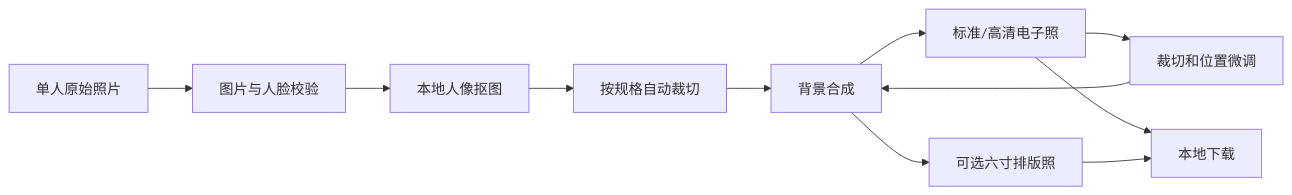
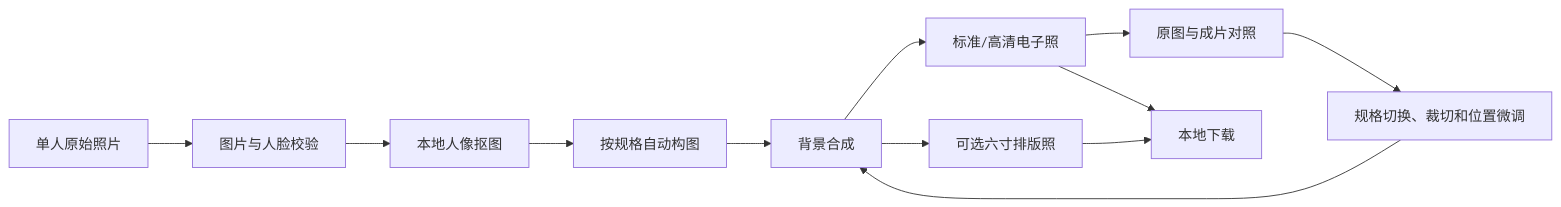
Before and after one commit to ddll8023/tools: the eighth of 8 diagrams in doc/模块说明文档.md, drawn with Mermaid. The commit also changed other lines of this file and 7 other files, not shown here.

````diff
--- a/doc/模块说明文档.md
+++ b/doc/模块说明文档.md
@@ -422,13 +423,14 @@
 ```mermaid
 flowchart LR
     Photo[单人原始照片] --> Validate[图片与人脸校验]
     Validate --> Matting[本地人像抠图]
-    Matting --> Crop[按规格自动裁切]
+    Matting --> Crop[按规格自动构图]
     Crop --> Background[背景合成]
     Background --> Electronic[标准/高清电子照]
     Background --> Layout[可选六寸排版照]
-    Electronic --> Adjust[裁切和位置微调]
+    Electronic --> Compare[原图与成片对照]
+    Compare --> Adjust[规格切换、裁切和位置微调]
     Adjust --> Background
     Electronic --> Download[本地下载]
     Layout --> Download
 ```
````
